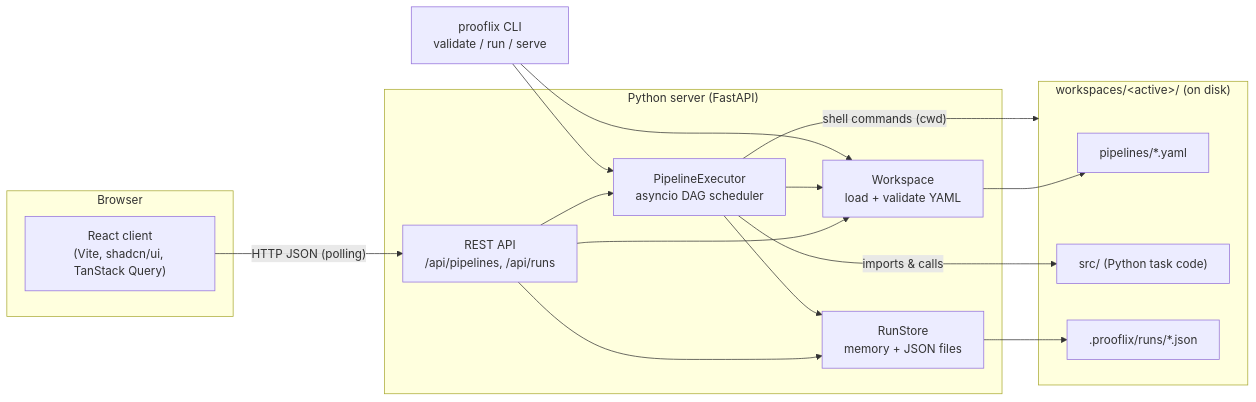
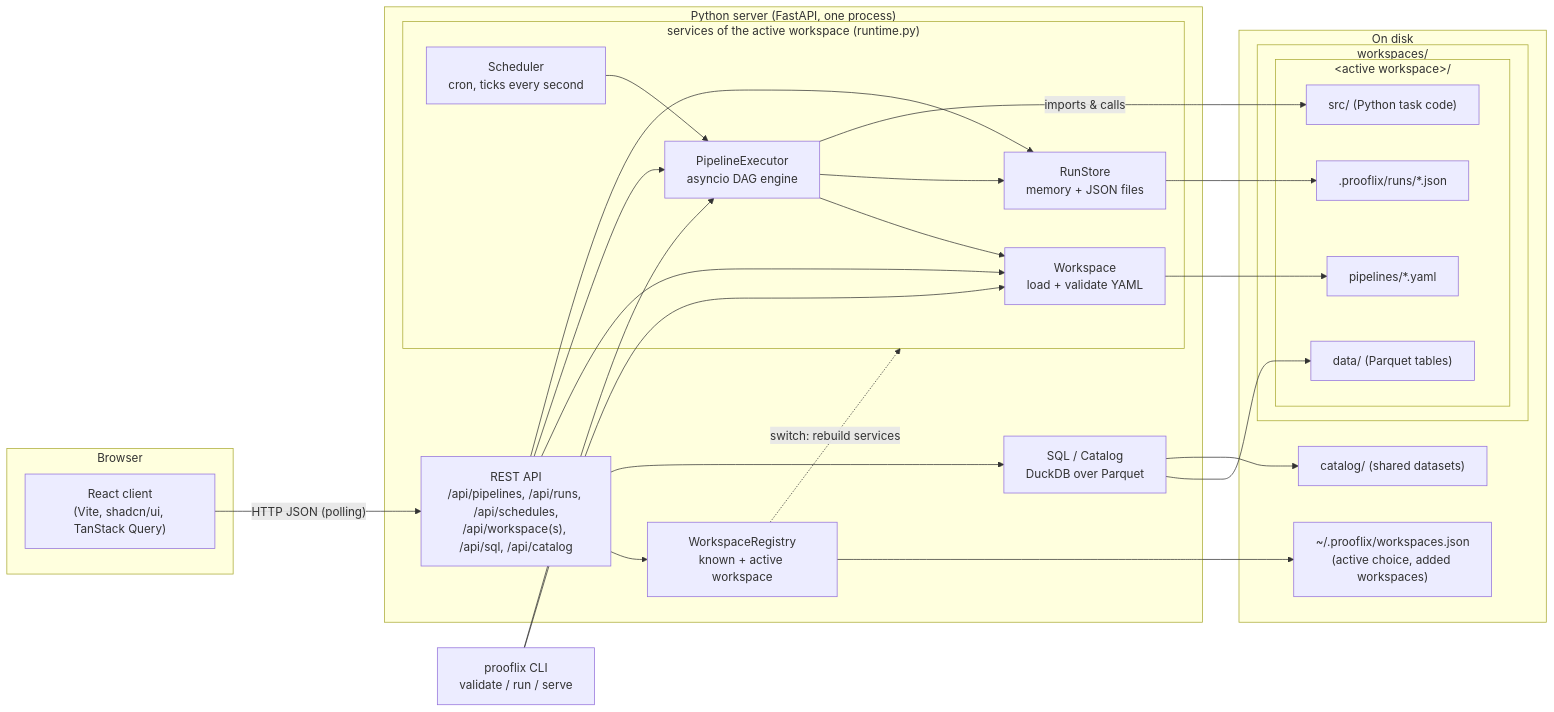
One commit to ilanamarpersonal/prooflix-core changed the first of 3 diagrams in docs/architecture.md. Above: the diagram before and after it, drawn with Mermaid. The commit also changed other lines of this file and 6 other files, not shown here.

````diff
--- a/docs/architecture.md
+++ b/docs/architecture.md
@@ -5,34 +5,52 @@
 ```mermaid
 flowchart LR
     subgraph Browser
         UI["React client<br/>(Vite, shadcn/ui, TanStack Query)"]
     end
 
-    subgraph Server["Python server (FastAPI)"]
-        API["REST API<br/>/api/pipelines, /api/runs"]
-        WS["Workspace<br/>load + validate YAML"]
-        EX["PipelineExecutor<br/>asyncio DAG scheduler"]
-        ST["RunStore<br/>memory + JSON files"]
+    subgraph Server["Python server (FastAPI, one process)"]
+        API["REST API<br/>/api/pipelines, /api/runs, /api/schedules,<br/>/api/workspace(s), /api/sql, /api/catalog"]
+        REG["WorkspaceRegistry<br/>known + active workspace"]
+        subgraph Active["services of the active workspace (runtime.py)"]
+            WS["Workspace<br/>load + validate YAML"]
+            EX["PipelineExecutor<br/>asyncio DAG engine"]
+            SCH["Scheduler<br/>cron, ticks every second"]
+            ST["RunStore<br/>memory + JSON files"]
+        end
+        SQL["SQL / Catalog<br/>DuckDB over Parquet"]
     end
 
-    subgraph Workspace["workspaces/&lt;active&gt;/ (on disk)"]
-        PY["pipelines/*.yaml"]
-        SRC["src/ (Python task code)"]
-        RUNS[".prooflix/runs/*.json"]
+    subgraph Disk["On disk"]
+        subgraph Folder["workspaces/"]
+            subgraph AW["&lt;active workspace&gt;/"]
+                PY["pipelines/*.yaml"]
+                SRC["src/ (Python task code)"]
+                DATA["data/ (Parquet tables)"]
+                RUNS[".prooflix/runs/*.json"]
+            end
+        end
+        CAT["catalog/ (shared datasets)"]
+        HOME["~/.prooflix/workspaces.json<br/>(active choice, added workspaces)"]
     end
 
     CLI["prooflix CLI<br/>validate / run / serve"]
 
     UI -- "HTTP JSON (polling)" --> API
+    API --> REG
     API --> WS
     API --> EX
     API --> ST
+    API --> SQL
+    REG --> HOME
+    REG -.->|"switch: rebuild services"| Active
+    SCH --> EX
     EX --> WS
     EX --> ST
     WS --> PY
     EX -- "imports & calls" --> SRC
-    EX -- "shell commands (cwd)" --> Workspace
     ST --> RUNS
+    SQL --> DATA
+    SQL --> CAT
     CLI --> WS
     CLI --> EX
 ```
````
